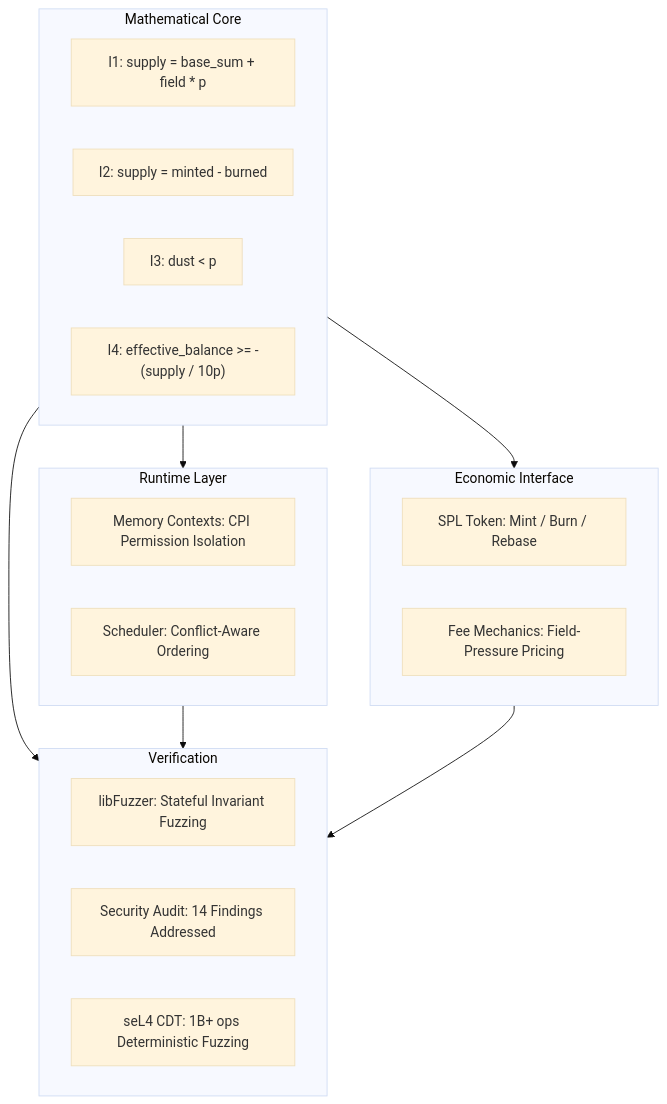
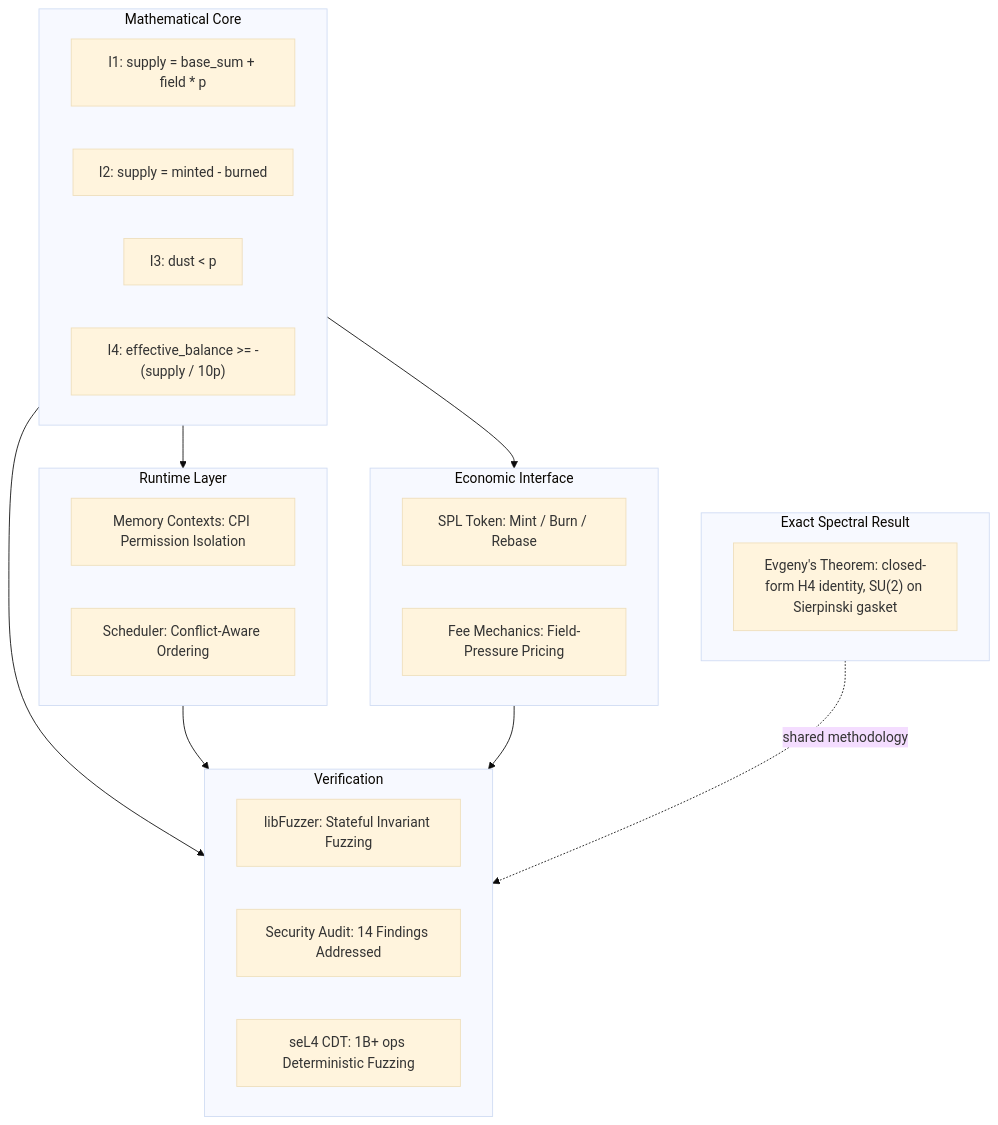
One commit to RFT-SIRM/UltraCore-RFT changed the second of 2 diagrams in ARCHITECT.md. Above: the diagram before and after it, drawn with Mermaid (base theme). The commit also changed other lines of this file, not shown here.

Commit message:
docs(architect): add Evgeny's Theorem to badges, implementation path, artifact map and spectral layer

````diff
--- a/ARCHITECT.md
+++ b/ARCHITECT.md
@@ -71,27 +84,31 @@
 ```mermaid
 flowchart TB
     subgraph MATH["Mathematical Core"]
         I1["I1: supply = base_sum + field * p"]
         I2["I2: supply = minted - burned"]
         I3["I3: dust < p"]
         I4["I4: effective_balance >= -(supply / 10p)"]
     end
     subgraph RUNTIME["Runtime Layer"]
         MEM["Memory Contexts: CPI Permission Isolation"]
         SCHED["Scheduler: Conflict-Aware Ordering"]
     end
     subgraph ECON["Economic Interface"]
         SPL["SPL Token: Mint / Burn / Rebase"]
         FEE["Fee Mechanics: Field-Pressure Pricing"]
     end
     subgraph VERIFY["Verification"]
         FUZZ["libFuzzer: Stateful Invariant Fuzzing"]
         AUDIT["Security Audit: 14 Findings Addressed"]
         SEL4["seL4 CDT: 1B+ ops Deterministic Fuzzing"]
     end
+    subgraph SPEC["Exact Spectral Result"]
+        ET2["Evgeny's Theorem: closed-form H4 identity, SU(2) on Sierpinski gasket"]
+    end
     MATH --> RUNTIME
     MATH --> ECON
     MATH --> VERIFY
     RUNTIME --> VERIFY
     ECON --> VERIFY
+    SPEC -.->|"shared methodology"| VERIFY
 ```
````
